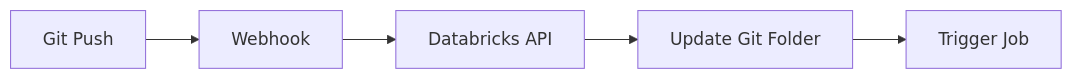
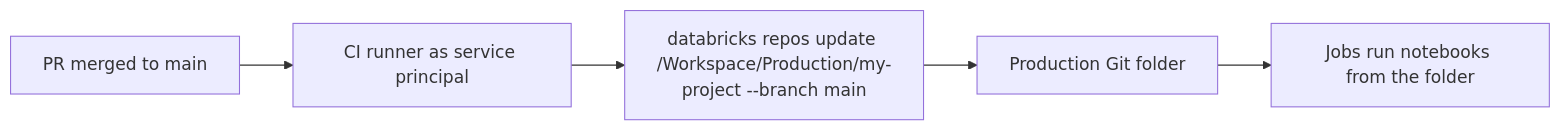
Before and after one commit to kengio/databricks-certification-study-guide: the fifth of 6 diagrams in certifications/data-engineer-professional/08-debugging-and-deploying/06-git-folders.md, drawn with Mermaid. The commit also changed other lines of this file and 108 other files, not shown here.

````diff
--- a/certifications/data-engineer-professional/08-debugging-and-deploying/06-git-folders.md
+++ b/certifications/data-engineer-professional/08-debugging-and-deploying/06-git-folders.md
@@ -355,7 +400,7 @@
 ```mermaid
 flowchart LR
-    Push[Git Push] --> Webhook[Webhook]
-    Webhook --> API[Databricks API]
-    API --> Update[Update Git Folder]
-    Update --> Job[Trigger Job]
+    PR[PR merged to main] --> CI[CI runner as service principal]
+    CI --> Update["databricks repos update /Workspace/Production/my-project --branch main"]
+    Update --> Folder[Production Git folder]
+    Folder --> Job[Jobs run notebooks from the folder]
 ```
````
